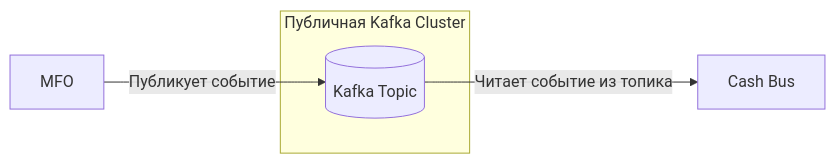
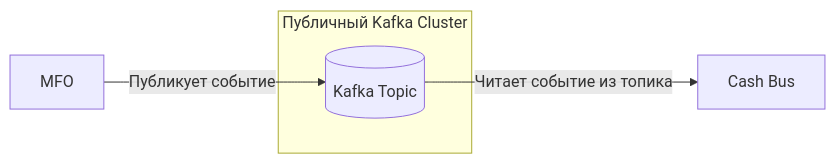
The second of 3 diagrams in mfo/mfo.md (VantaFinance/cash), drawn with Mermaid before and after one commit. The commit also changed other lines of this file and 1 other file, not shown here.

````diff
--- a/mfo/mfo.md
+++ b/mfo/mfo.md
@@ -80,9 +75,9 @@
 ```mermaid
 flowchart LR
     MFO[MFO] -->|Публикует событие| TOPIC[(Kafka Topic)]
     TOPIC -->|Читает событие из топика| CASHBUS[Cash Bus]
 
-    subgraph KAFKA["Публичная Kafka Cluster"]
+    subgraph KAFKA["Публичный Kafka Cluster"]
         TOPIC
     end
 ```
````
